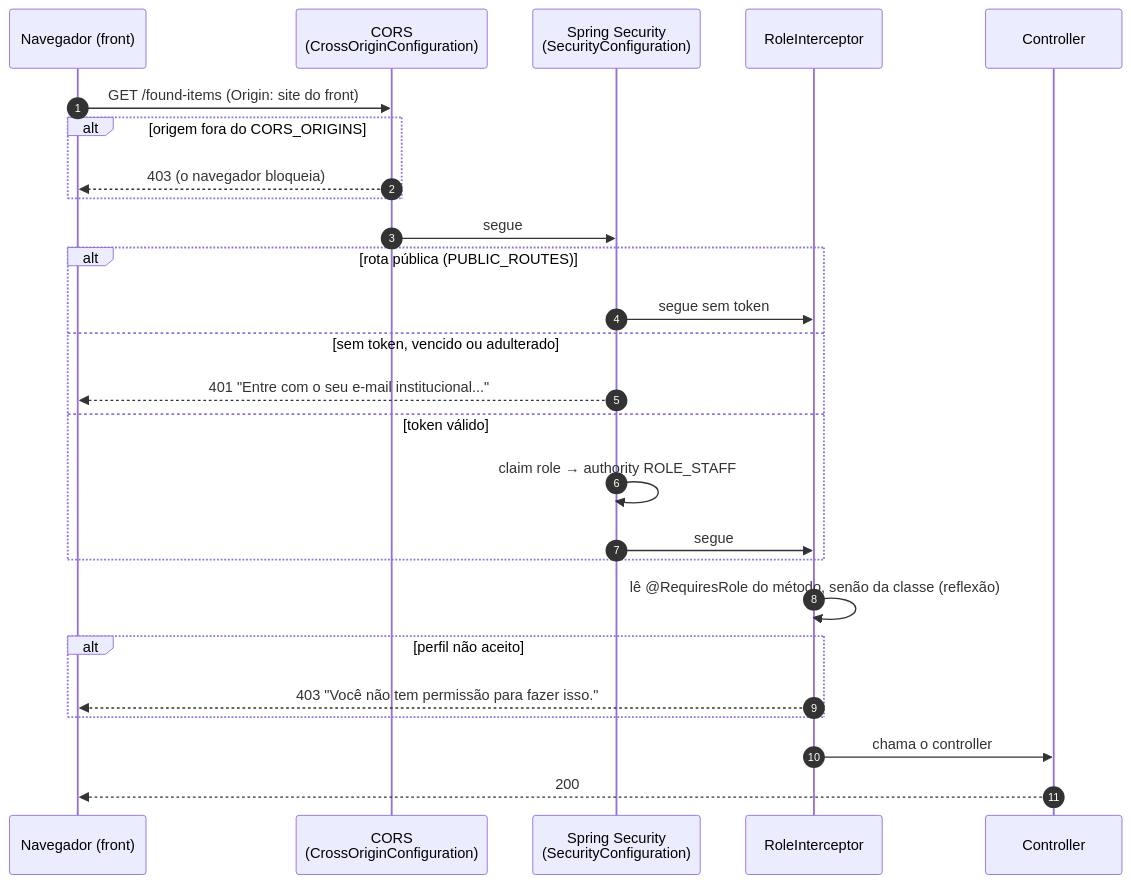
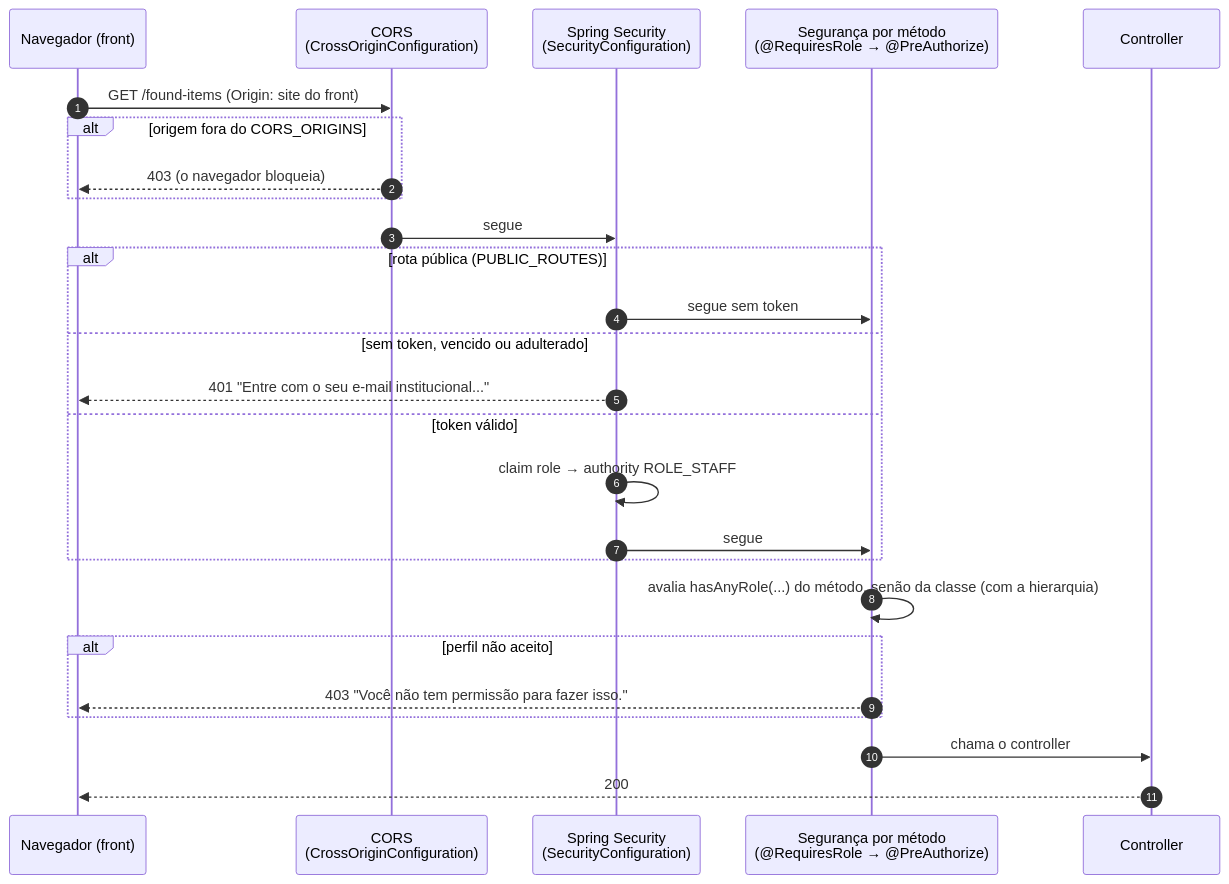
One commit to p1lloww/cade-backend changed the first of 3 diagrams in docs/tecnico/autorizacao.md. Above: the diagram before and after it, drawn with Mermaid. The commit also changed other lines of this file and 14 other files, not shown here.

Commit message:
[ACE-03] @RequiresRole aplicada pelo @PreAuthorize do Spring (D20)

````diff
--- a/docs/tecnico/autorizacao.md
+++ b/docs/tecnico/autorizacao.md
@@ -56,29 +57,29 @@
 ```mermaid
 sequenceDiagram
     autonumber
     participant N as Navegador (front)
     participant C as CORS<br/>(CrossOriginConfiguration)
     participant J as Spring Security<br/>(SecurityConfiguration)
-    participant I as RoleInterceptor
+    participant I as Segurança por método<br/>(@RequiresRole → @PreAuthorize)
     participant Ct as Controller
 
     N->>C: GET /found-items (Origin: site do front)
     alt origem fora do CORS_ORIGINS
         C-->>N: 403 (o navegador bloqueia)
     end
     C->>J: segue
     alt rota pública (PUBLIC_ROUTES)
         J->>I: segue sem token
     else sem token, vencido ou adulterado
         J-->>N: 401 "Entre com o seu e-mail institucional..."
     else token válido
         J->>J: claim role → authority ROLE_STAFF
         J->>I: segue
     end
-    I->>I: lê @RequiresRole do método, senão da classe (reflexão)
+    I->>I: avalia hasAnyRole(...) do método, senão da classe (com a hierarquia)
     alt perfil não aceito
         I-->>N: 403 "Você não tem permissão para fazer isso."
     end
     I->>Ct: chama o controller
     Ct-->>N: 200
 ```
````
